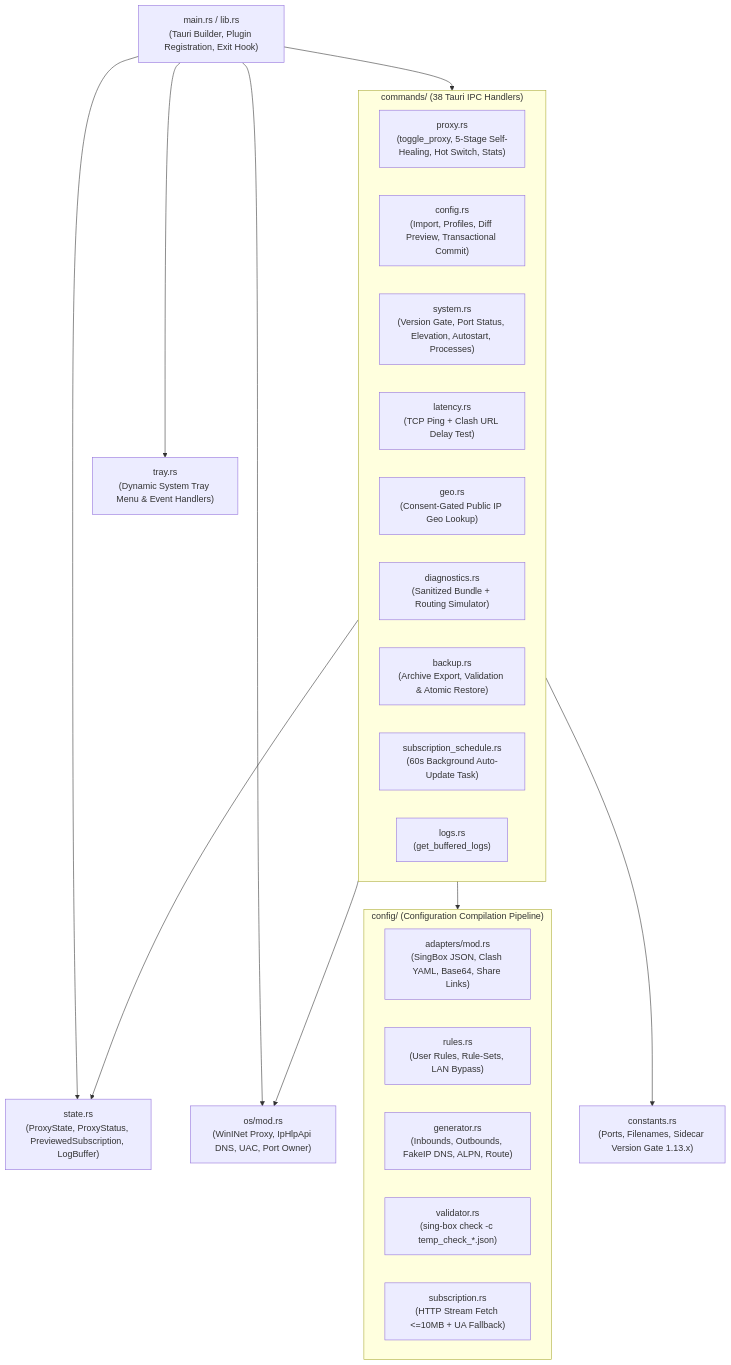
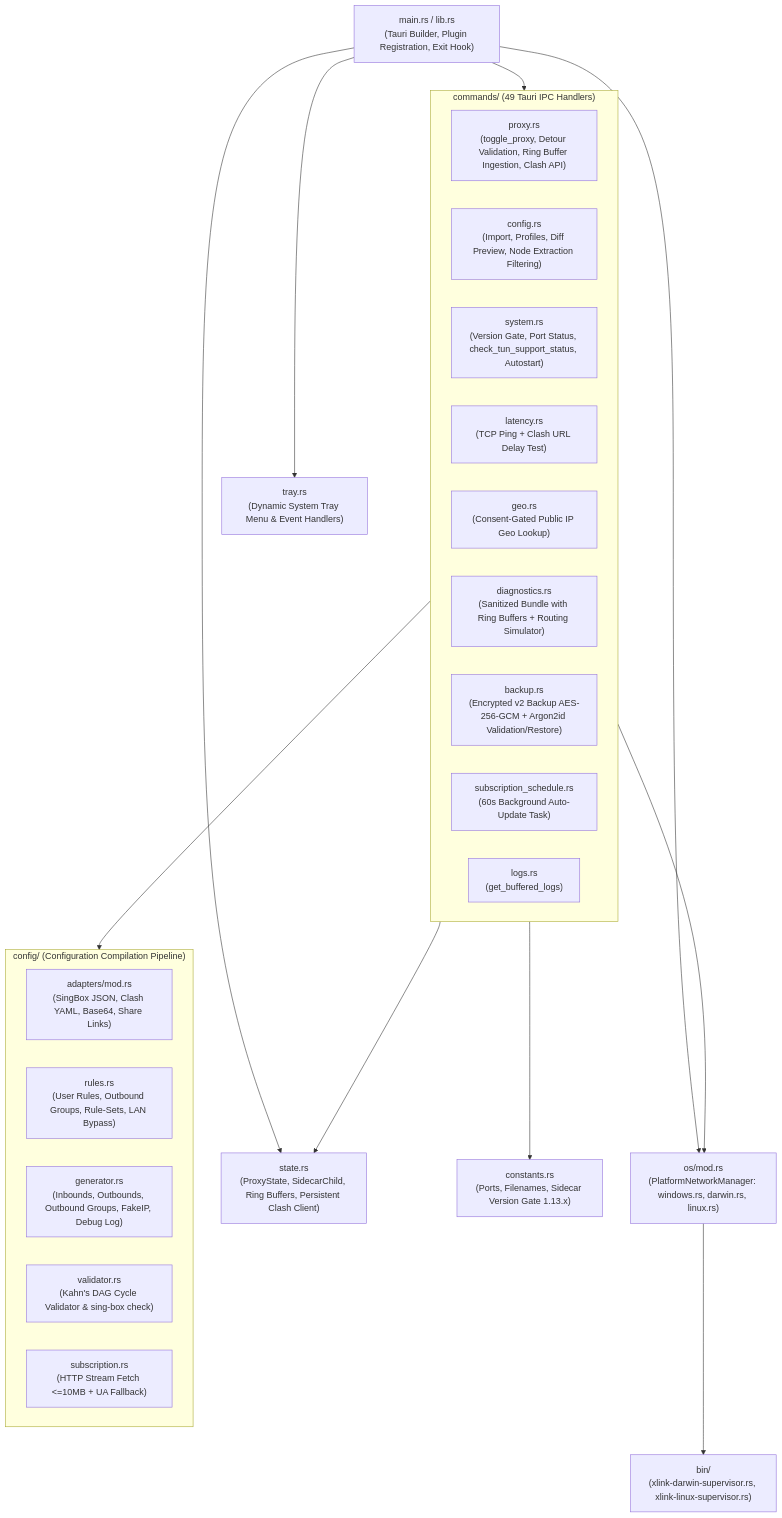
The diagram in docs/05-Rust-Backend-Architecture.md (Isuruzenith/X-Link), drawn with Mermaid before and after one commit. The commit also changed other lines of this file and 13 other files, not shown here.

First line of the commit message:
docs: update architecture vault and design specs for v0.8.0

````diff
--- a/docs/05-Rust-Backend-Architecture.md
+++ b/docs/05-Rust-Backend-Architecture.md
@@ -21,31 +21,33 @@
 ```mermaid
 flowchart TB
     Main["main.rs / lib.rs\n(Tauri Builder, Plugin Registration, Exit Hook)"]
-    State["state.rs\n(ProxyState, ProxyStatus, PreviewedSubscription, LogBuffer)"]
+    State["state.rs\n(ProxyState, SidecarChild, Ring Buffers, Persistent Clash Client)"]
     Constants["constants.rs\n(Ports, Filenames, Sidecar Version Gate 1.13.x)"]
     Tray["tray.rs\n(Dynamic System Tray Menu & Event Handlers)"]
-    OS["os/mod.rs\n(WinINet Proxy, IpHlpApi DNS, UAC, Port Owner)"]
+    OS["os/mod.rs\n(PlatformNetworkManager: windows.rs, darwin.rs, linux.rs)"]
+    Supervisors["bin/\n(xlink-darwin-supervisor.rs, xlink-linux-supervisor.rs)"]
 
     subgraph ConfigEngine["config/ (Configuration Compilation Pipeline)"]
         Adapters["adapters/mod.rs\n(SingBox JSON, Clash YAML, Base64, Share Links)"]
-        Rules["rules.rs\n(User Rules, Rule-Sets, LAN Bypass)"]
-        Generator["generator.rs\n(Inbounds, Outbounds, FakeIP DNS, ALPN, Route)"]
-        Validator["validator.rs\n(sing-box check -c temp_check_*.json)"]
+        Rules["rules.rs\n(User Rules, Outbound Groups, Rule-Sets, LAN Bypass)"]
+        Generator["generator.rs\n(Inbounds, Outbounds, Outbound Groups, FakeIP, Debug Log)"]
+        Validator["validator.rs\n(Kahn's DAG Cycle Validator & sing-box check)"]
         Sub["subscription.rs\n(HTTP Stream Fetch <=10MB + UA Fallback)"]
     end
 
-    subgraph Commands["commands/ (38 Tauri IPC Handlers)"]
-        CProxy["proxy.rs\n(toggle_proxy, 5-Stage Self-Healing, Hot Switch, Stats)"]
-        CConfig["config.rs\n(Import, Profiles, Diff Preview, Transactional Commit)"]
-        CSystem["system.rs\n(Version Gate, Port Status, Elevation, Autostart, Processes)"]
+    subgraph Commands["commands/ (49 Tauri IPC Handlers)"]
+        CProxy["proxy.rs\n(toggle_proxy, Detour Validation, Ring Buffer Ingestion, Clash API)"]
+        CConfig["config.rs\n(Import, Profiles, Diff Preview, Node Extraction Filtering)"]
+        CSystem["system.rs\n(Version Gate, Port Status, check_tun_support_status, Autostart)"]
         CLatency["latency.rs\n(TCP Ping + Clash URL Delay Test)"]
         CGeo["geo.rs\n(Consent-Gated Public IP Geo Lookup)"]
-        CDiag["diagnostics.rs\n(Sanitized Bundle + Routing Simulator)"]
-        CBackup["backup.rs\n(Archive Export, Validation & Atomic Restore)"]
+        CDiag["diagnostics.rs\n(Sanitized Bundle with Ring Buffers + Routing Simulator)"]
+        CBackup["backup.rs\n(Encrypted v2 Backup AES-256-GCM + Argon2id Validation/Restore)"]
         CSched["subscription_schedule.rs\n(60s Background Auto-Update Task)"]
         CLogs["logs.rs\n(get_buffered_logs)"]
     end
 
     Main --> State & Tray & OS & Commands
+    OS --> Supervisors
     Commands --> ConfigEngine & State & OS & Constants
 ```
````
